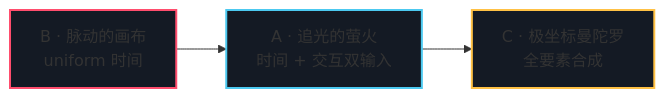
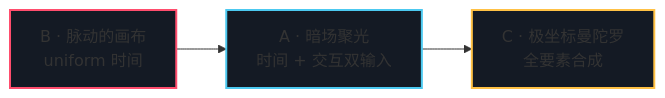
One commit to onlyLucky/LLM_Wiki changed the diagram in learning/前端/GLSL_Shader/homework/day1/README.md. Above: the diagram before and after it, drawn with Mermaid. The commit also changed other lines of this file and 141 other files, not shown here.

````diff
--- a/learning/前端/GLSL_Shader/homework/day1/README.md
+++ b/learning/前端/GLSL_Shader/homework/day1/README.md
@@ -15,7 +15,7 @@
 ```mermaid
 graph LR
-    B["B · 脉动的画布<br/>uniform 时间"] --> A["A · 追光的萤火<br/>时间 + 交互双输入"] --> C["C · 极坐标曼陀罗<br/>全要素合成"]
+    B["B · 脉动的画布<br/>uniform 时间"] --> A["A · 暗场聚光<br/>时间 + 交互双输入"] --> C["C · 极坐标曼陀罗<br/>全要素合成"]
     style B fill:#141a24,stroke:#FF4D6D,stroke-width:2px
     style A fill:#141a24,stroke:#4CC9F0,stroke-width:2px
     style C fill:#141a24,stroke:#FFC145,stroke-width:2px
 ```
````
